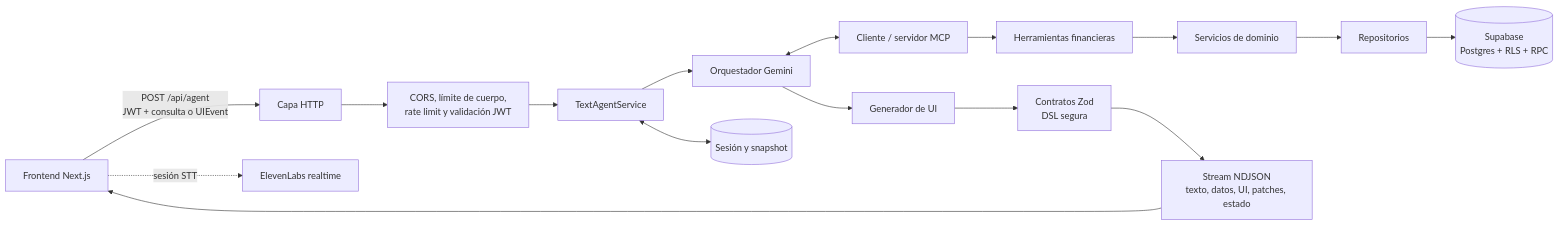
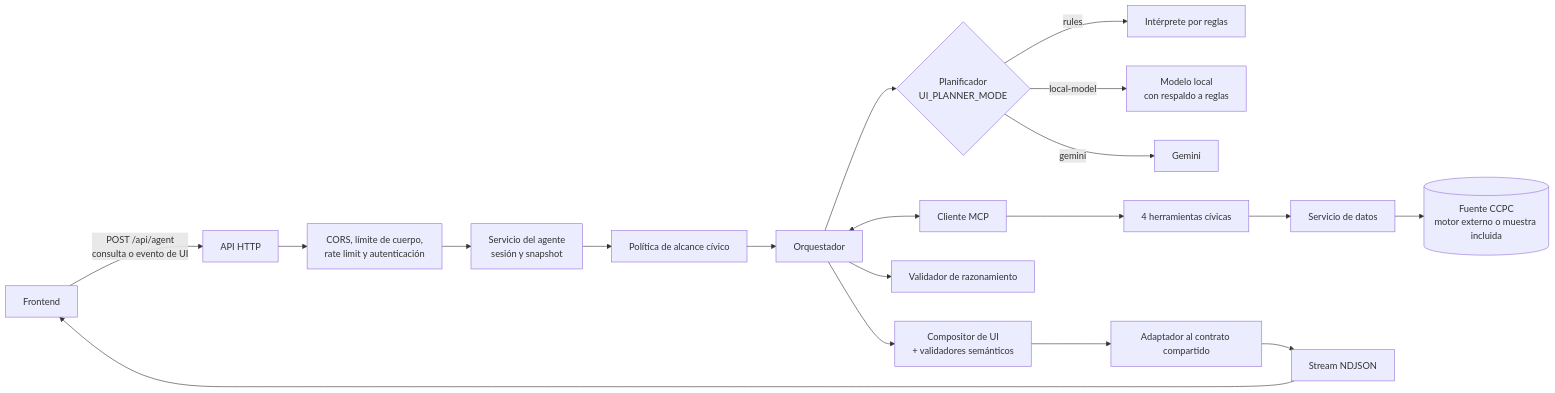
Before and after one commit to Hydra115-code/Ine-hacktoon: the first of 2 diagrams in README.md, drawn with Mermaid. The commit also changed other lines of this file, not shown here.

Commit message:
Actualiza el README con lo que hace el backend

````diff
--- a/README.md
+++ b/README.md
@@ -18,19 +19,21 @@
 ```mermaid
 flowchart LR
-    F[Frontend Next.js] -->|POST /api/agent<br/>JWT + consulta o UIEvent| H[Capa HTTP]
-    H --> SEC[CORS, límite de cuerpo,<br/>rate limit y validación JWT]
-    SEC --> S[TextAgentService]
-    S --> O[Orquestador Gemini]
-    O <--> M[Cliente / servidor MCP]
-    M --> T[Herramientas financieras]
-    T --> SV[Servicios de dominio]
-    SV --> R[Repositorios]
-    R --> DB[(Supabase<br/>Postgres + RLS + RPC)]
-    O --> G[Generador de UI]
-    G --> V[Contratos Zod<br/>DSL segura]
-    V --> ST[Stream NDJSON<br/>texto, datos, UI, patches, estado]
+    F[Frontend] -->|POST /api/agent<br/>consulta o evento de UI| H[API HTTP]
+    H --> SEC[CORS, límite de cuerpo,<br/>rate limit y autenticación]
+    SEC --> S[Servicio del agente<br/>sesión y snapshot]
+    S --> SC[Política de alcance cívico]
+    SC --> O[Orquestador]
+    O --> P{Planificador<br/>UI_PLANNER_MODE}
+    P -->|rules| R[Intérprete por reglas]
+    P -->|local-model| L[Modelo local<br/>con respaldo a reglas]
+    P -->|gemini| G[Gemini]
+    O <--> M[Cliente MCP]
+    M --> T[4 herramientas cívicas]
+    T --> D[Servicio de datos]
+    D --> DS[(Fuente CCPC<br/>motor externo o muestra incluida)]
+    O --> V[Validador de razonamiento]
+    O --> C[Compositor de UI<br/>+ validadores semánticos]
+    C --> A[Adaptador al contrato compartido]
+    A --> ST[Stream NDJSON]
     ST --> F
-    S <--> SS[(Sesión y snapshot)]
-
-    F -. sesión STT .-> E[ElevenLabs realtime]
 ```
````
